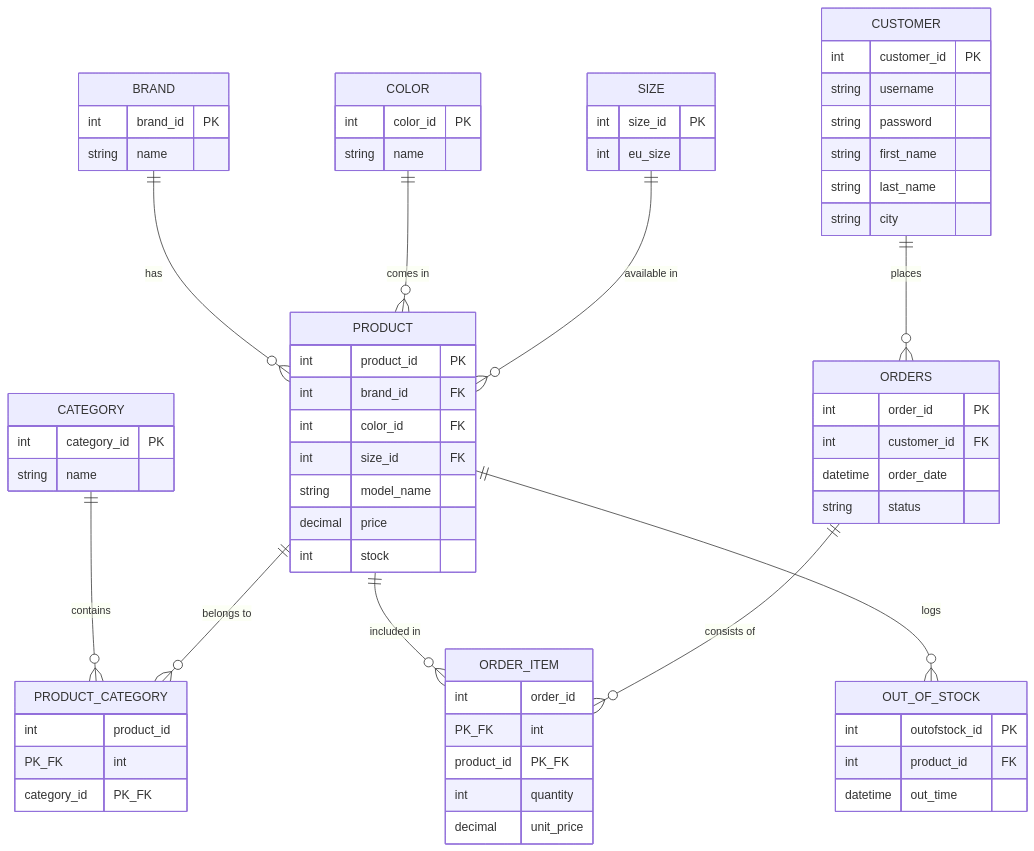
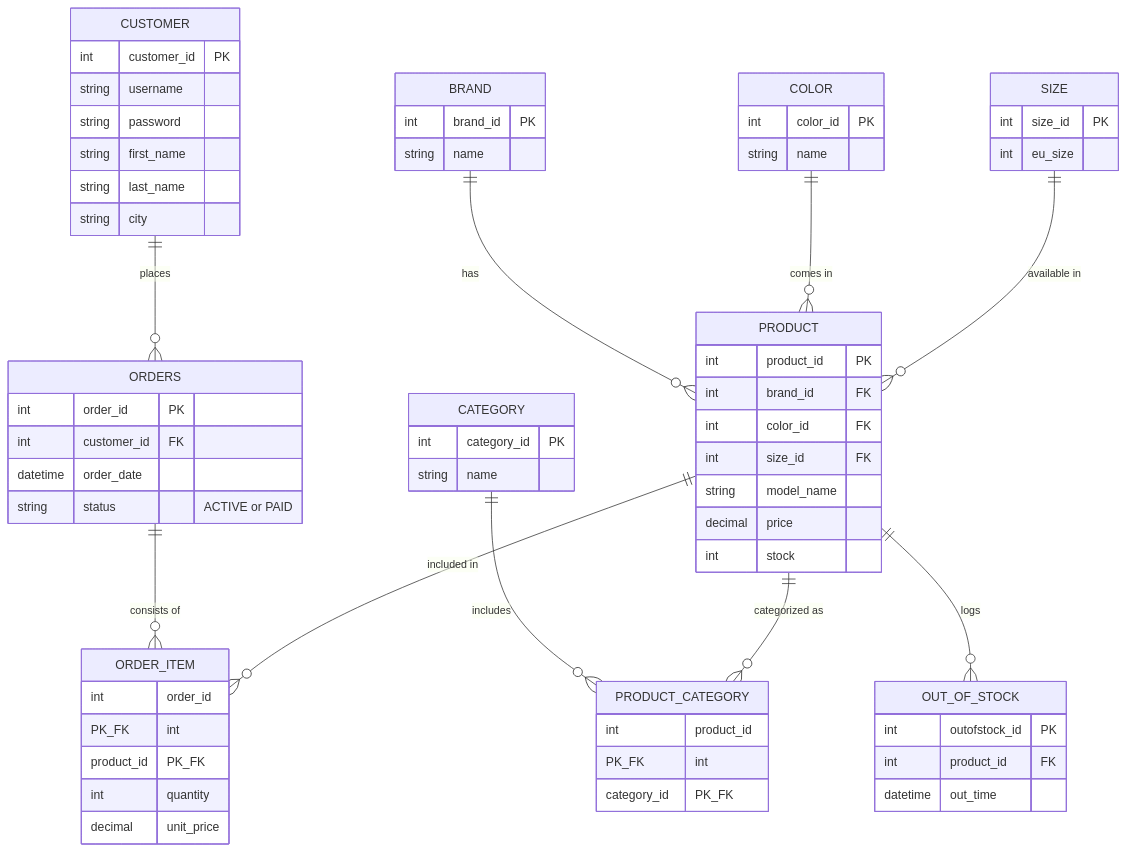
Before and after one commit to stoilsteve-hub/MyShoeStoreApp: the diagram in README.md, drawn with Mermaid.

Commit message:
Update: ER Diagram

````diff
--- a/README.md
+++ b/README.md
@@ -11,76 +11,80 @@
 ```mermaid
 erDiagram
     BRAND ||--o{ PRODUCT : "has"
     COLOR ||--o{ PRODUCT : "comes in"
-    SIZE ||--o{ PRODUCT : "available in"
-    CATEGORY ||--o{ PRODUCT_CATEGORY : "contains"
-    PRODUCT ||--o{ PRODUCT_CATEGORY : "belongs to"
-    PRODUCT ||--o{ ORDER_ITEM : "included in"
-    ORDERS ||--o{ ORDER_ITEM : "consists of"
+    SIZE  ||--o{ PRODUCT : "available in"
+
     CUSTOMER ||--o{ ORDERS : "places"
-    PRODUCT ||--o{ OUT_OF_STOCK : "logs"
+    ORDERS   ||--o{ ORDER_ITEM : "consists of"
+    PRODUCT  ||--o{ ORDER_ITEM : "included in"
+
+    CATEGORY ||--o{ PRODUCT_CATEGORY : "includes"
+    PRODUCT  ||--o{ PRODUCT_CATEGORY : "categorized as"
+
+    PRODUCT  ||--o{ OUT_OF_STOCK : "logs"
 
     BRAND {
         int brand_id PK
         string name
     }
 
     COLOR {
         int color_id PK
         string name
     }
 
     SIZE {
         int size_id PK
         int eu_size
     }
 
     CATEGORY {
         int category_id PK
         string name
     }
 
     CUSTOMER {
         int customer_id PK
         string username
         string password
         string first_name
         string last_name
         string city
     }
 
     PRODUCT {
         int product_id PK
         int brand_id FK
         int color_id FK
         int size_id FK
         string model_name
         decimal price
         int stock
     }
 
     ORDERS {
         int order_id PK
         int customer_id FK
         datetime order_date
-        string status
+        string status  "ACTIVE or PAID"
     }
 
     ORDER_ITEM {
         int order_id PK_FK
         int product_id PK_FK
         int quantity
         decimal unit_price
     }
 
     PRODUCT_CATEGORY {
         int product_id PK_FK
         int category_id PK_FK
     }
 
     OUT_OF_STOCK {
         int outofstock_id PK
         int product_id FK
         datetime out_time
     }
+
 ```
````
